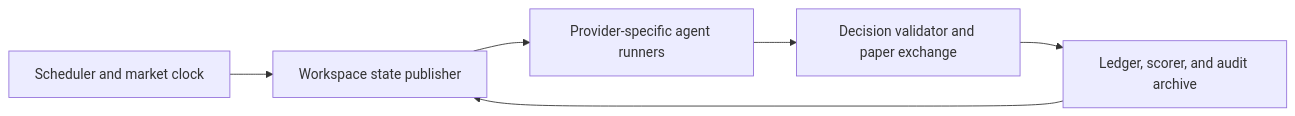
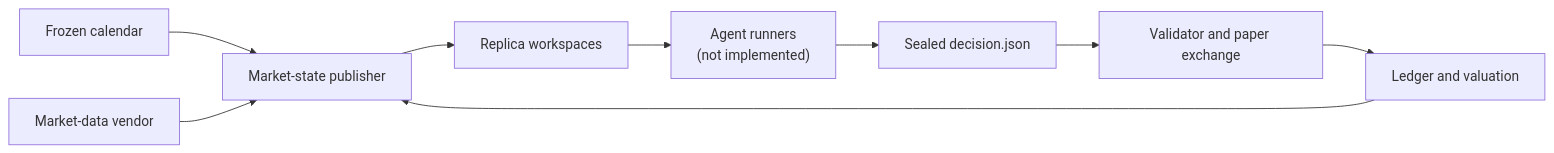
One commit to bayareahomelander/Agent-Trading-Arena changed the first of 2 diagrams in README.md. Above: the diagram before and after it, drawn with Mermaid. The commit also changed other lines of this file and 1 other file, not shown here.

````diff
--- a/README.md
+++ b/README.md
@@ -779,8 +46,11 @@
 ```mermaid
 flowchart LR
-    S["Scheduler and market clock"] --> W["Workspace state publisher"]
-    W --> R["Provider-specific agent runners"]
-    R --> V["Decision validator and paper exchange"]
-    V --> L["Ledger, scorer, and audit archive"]
-    L --> W
+    C["Frozen calendar"] --> P["Market-state publisher"]
+    M["Market-data vendor"] --> P
+    P --> W["Replica workspaces"]
+    W --> R["Agent runners<br/>(not implemented)"]
+    R --> D["Sealed decision.json"]
+    D --> E["Validator and paper exchange"]
+    E --> L["Ledger and valuation"]
+    L --> P
 ```
````
